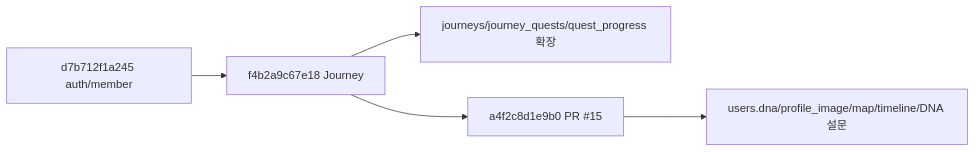
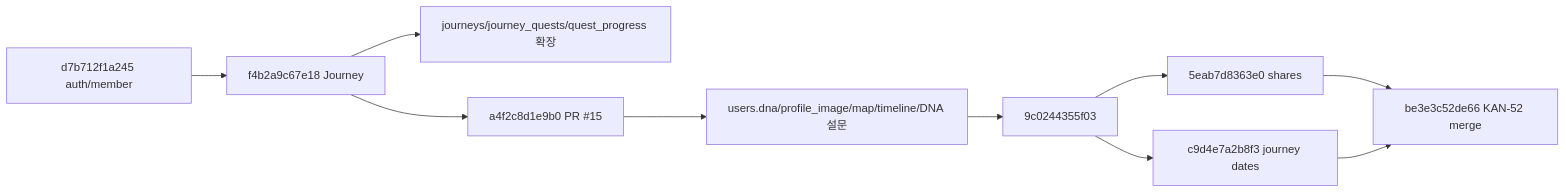
The first of 2 diagrams in docs/specs/015-database-migration/description.md (Rainbow-Developer/ColorTrip), drawn with Mermaid before and after one commit. The commit also changed other lines of this file and 2 other files, not shown here.

Commit message:
fix(database): 리뷰 피드백 반영

````diff
--- a/docs/specs/015-database-migration/description.md
+++ b/docs/specs/015-database-migration/description.md
@@ -13,7 +13,12 @@
 ```mermaid
 flowchart LR
     A["d7b712f1a245 auth/member"] --> B["f4b2a9c67e18 Journey"]
     B --> C["journeys/journey_quests/quest_progress 확장"]
     B --> D["a4f2c8d1e9b0 PR #15"]
     D --> E["users.dna/profile_image/map/timeline/DNA 설문"]
+    E --> F["9c0244355f03"]
+    F --> G["5eab7d8363e0 shares"]
+    F --> H["c9d4e7a2b8f3 journey dates"]
+    G --> I["be3e3c52de66 KAN-52 merge"]
+    H --> I
 ```
````
